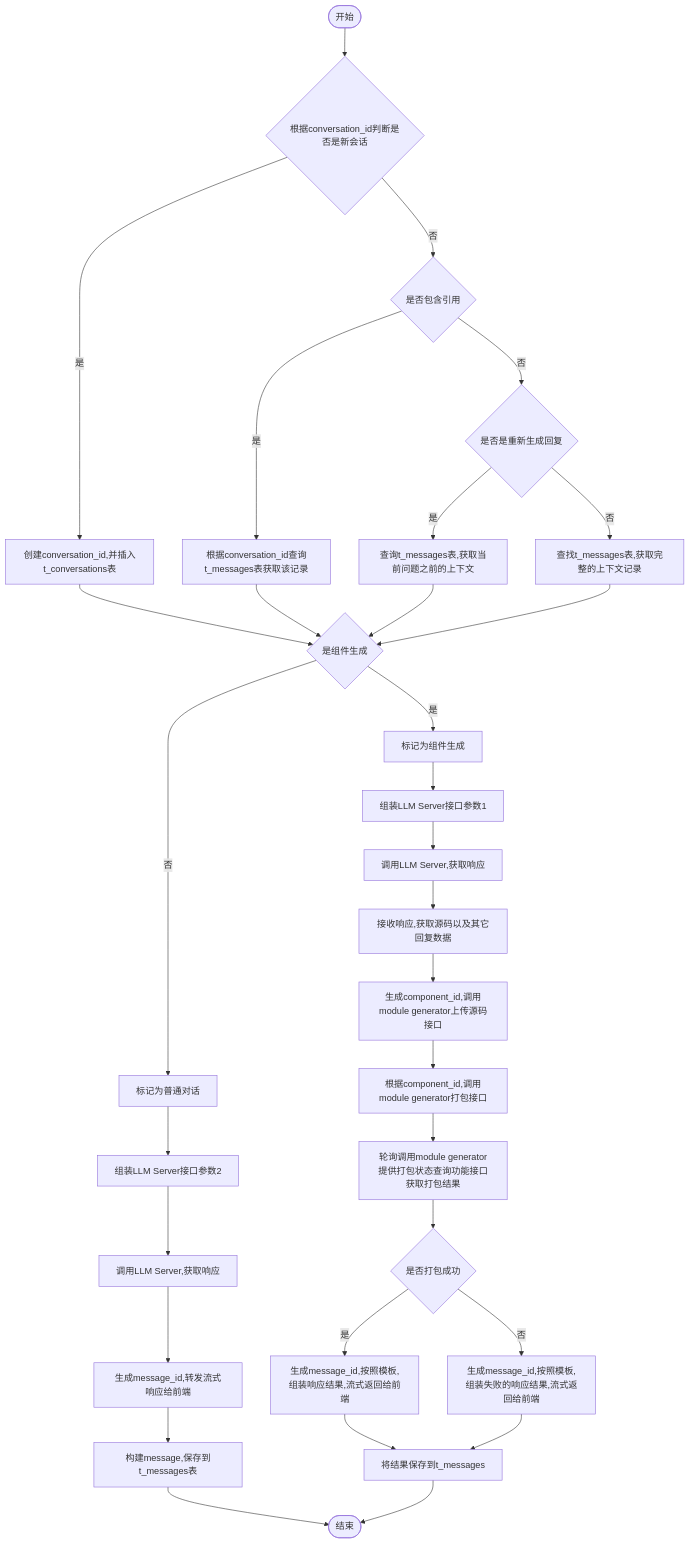
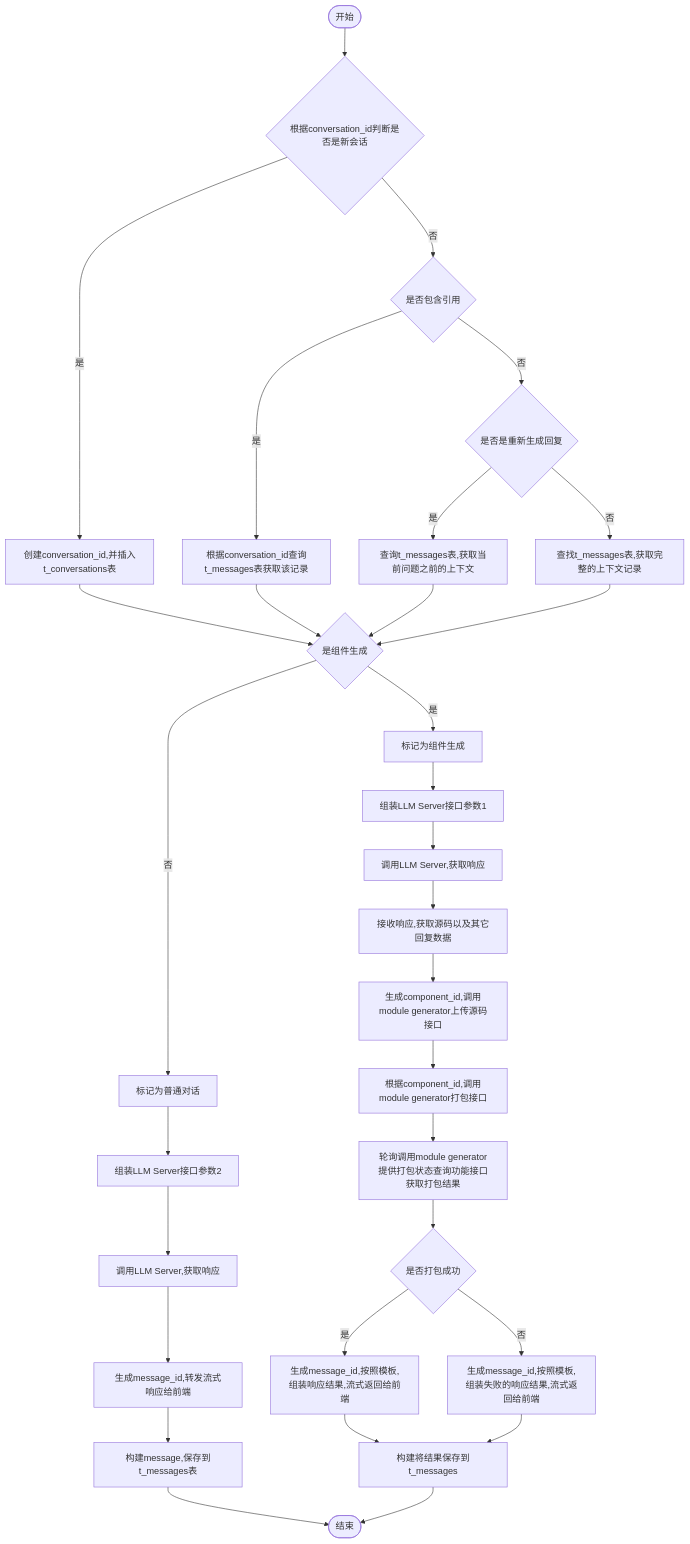
Before and after one commit to yingjianzh/iodraw-files: the diagram in all/未命名-7.md, drawn with Mermaid.

Commit message:
2024-10-12 14:42:47 update

````diff
--- a/all/未命名-7.md
+++ b/all/未命名-7.md
@@ -1,36 +1,36 @@
 ```mermaid
 flowchart TD
     A([开始]) --> B{根据conversation_id判断是否是新会话}
     B -- 是 --> C[创建conversation_id,并插入t_conversations表]
     B -- 否 --> D{是否包含引用}
     D -- 是 --> E[根据conversation_id查询t_messages表获取该记录]
     D -- 否 --> F{是否是重新生成回复}
     F -- 是 --> G[查询t_messages表,获取当前问题之前的上下文]
     F -- 否 --> H[查找t_messages表,获取完整的上下文记录]
      
     C & E & G & H --> I{是组件生成}
     I -- 是 --> J[标记为组件生成]
     I -- 否 --> K[标记为普通对话]
 
     J --> L[组装LLM Server接口参数1]    
     K --> M[组装LLM Server接口参数2]    
     M --> N[调用LLM Server,获取响应]    
     N --> O[生成message_id,转发流式响应给前端]
     O --> P[构建message,保存到t_messages表]
     P --> R([结束])
 
 
     L --> S[调用LLM Server,获取响应]
     S --> T[接收响应,获取源码以及其它回复数据]
     T --> U[生成component_id,调用module generator上传源码接口]
     U --> V[根据component_id,调用module generator打包接口]
     V --> W[轮询调用module generator提供打包状态查询功能接口获取打包结果]
     W --> X{是否打包成功}
     X -- 是 --> Y[生成message_id,按照模板,组装响应结果,流式返回给前端]
     X -- 否 --> Z[生成message_id,按照模板,组装失败的响应结果,流式返回给前端]
 
-    Y & Z --> Result[将结果保存到t_messages]
+    Y & Z --> Result[构建将结果保存到t_messages]
     Result --> R
 
 
 ```
````
